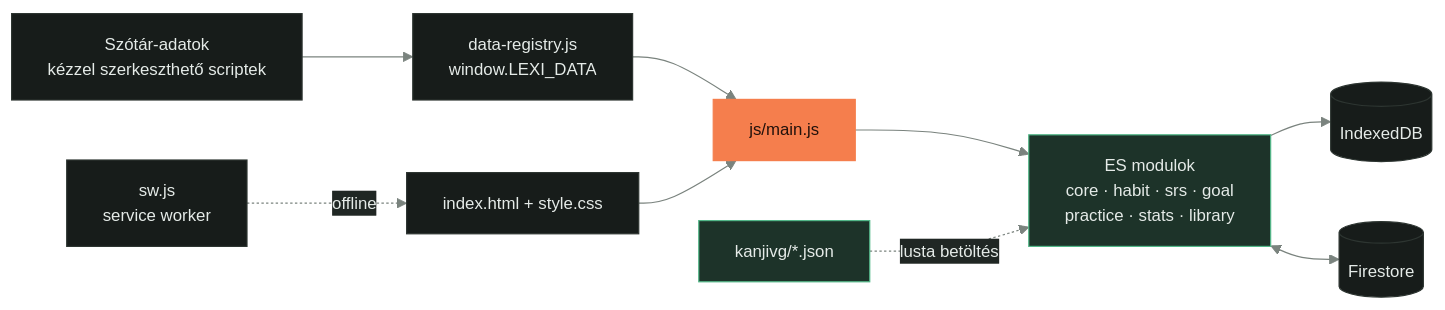
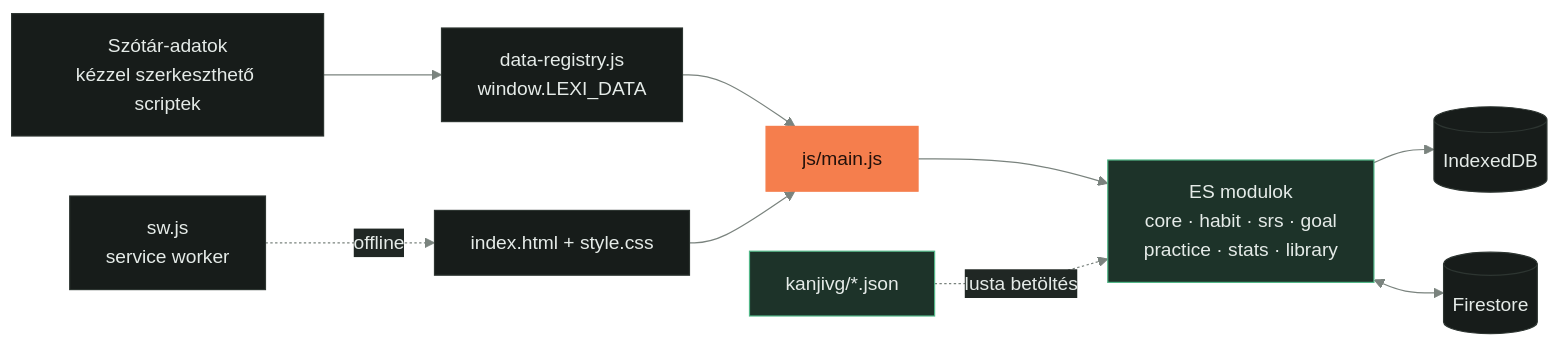
One commit to Nokedli25TTV/LexiLearn changed the second of 2 diagrams in README.md. Above: the diagram before and after it, drawn with Mermaid. The commit also changed other lines of this file, not shown here.

Commit message:
README: a folyamatábrák az alapértelmezett betűvel (nem vágódik le szöveg)

````diff
--- a/README.md
+++ b/README.md
@@ -191,16 +191,16 @@
 ```mermaid
-%%{init: {'theme': 'base', 'themeVariables': {'fontFamily': 'Segoe UI, Helvetica, Arial, sans-serif', 'fontSize': '14px', 'primaryColor': '#171c1a', 'primaryTextColor': '#e5ebe8', 'primaryBorderColor': '#2d3531', 'lineColor': '#7a837e', 'edgeLabelBackground': '#202724'}}}%%
+%%{init: {'theme': 'base', 'themeVariables': {'primaryColor': '#171c1a', 'primaryTextColor': '#e5ebe8', 'primaryBorderColor': '#2d3531', 'lineColor': '#7a837e', 'edgeLabelBackground': '#202724'}}}%%
 flowchart LR
   data[Szótár-adatok<br>kézzel szerkeszthető scriptek] --> reg[data-registry.js<br>window.LEXI_DATA]
   reg --> main[js/main.js]
   html[index.html + style.css] --> main
   main --> mods[ES modulok<br>core · habit · srs · goal<br>practice · stats · library]
   mods --> idb[(IndexedDB)]
   mods <--> fs[(Firestore)]
   kvg[kanjivg/*.json] -. lusta betöltés .-> mods
   sw[sw.js<br>service worker] -. offline .-> html
   classDef ember fill:#f57e4d,stroke:#f57e4d,color:#22110b
   classDef leaf fill:#1d3329,stroke:#52b788,color:#e5ebe8
   class main ember
   class mods,kvg leaf
 ```
````
